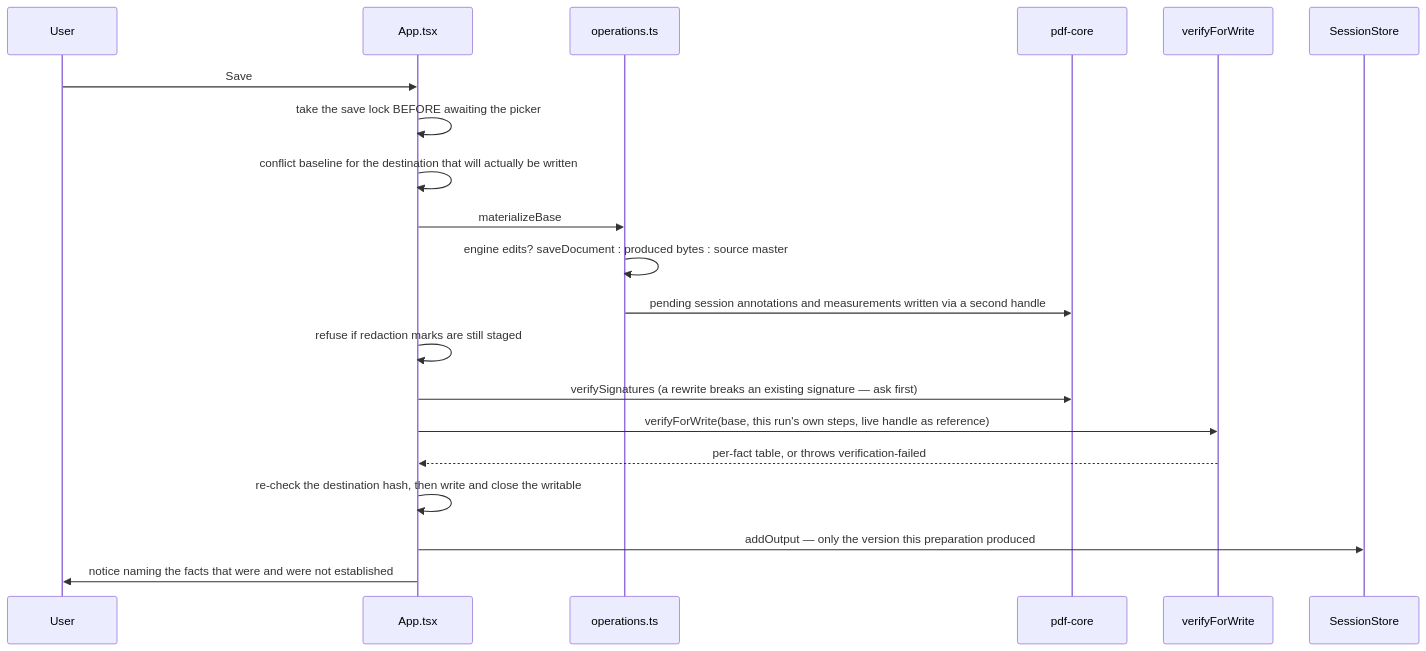
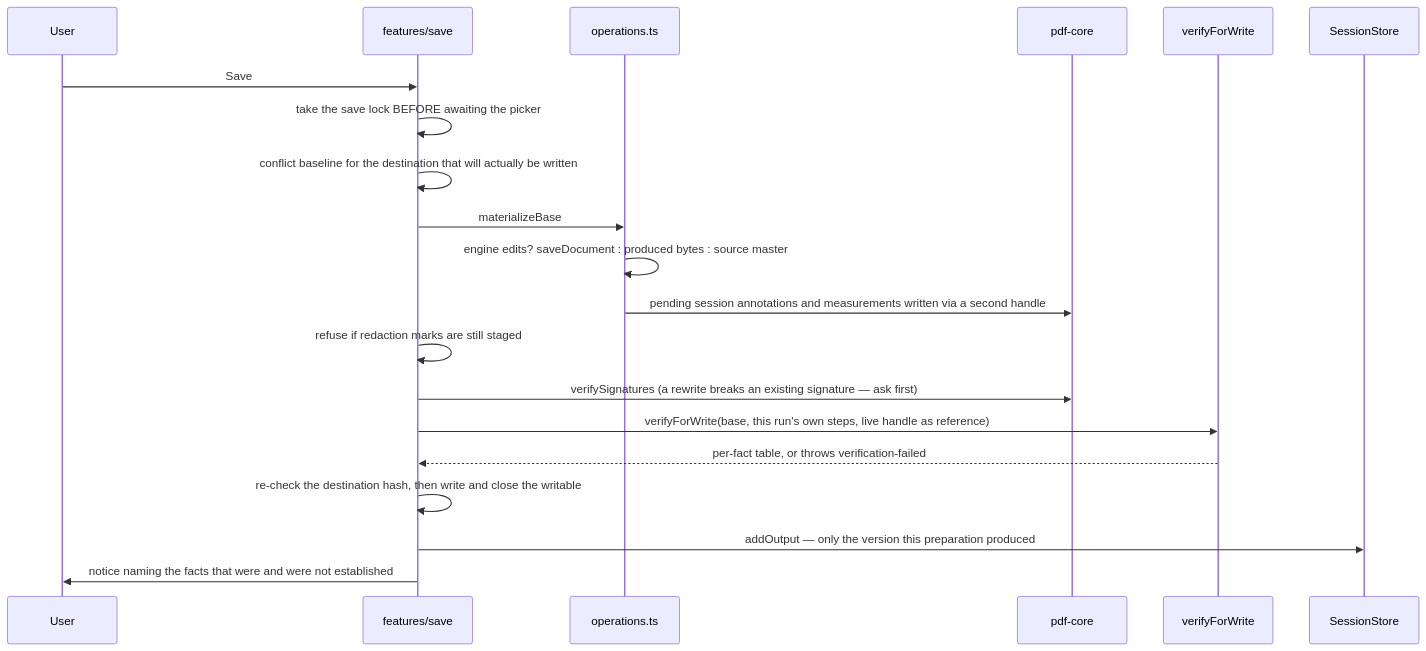
The fourth of 4 diagrams in docs/architecture.md (isolmaz/ss-pdf-editor), drawn with Mermaid before and after one commit. The commit also changed other lines of this file and 28 other files, not shown here.

Commit message:
Describe the split shell where the docs still point at App.tsx

````diff
--- a/docs/architecture.md
+++ b/docs/architecture.md
@@ -2495,23 +2498,23 @@
 ```mermaid
 sequenceDiagram
     participant U as User
-    participant A as App.tsx
+    participant A as features/save
     participant O as operations.ts
     participant C as pdf-core
     participant V as verifyForWrite
     participant M as SessionStore
 
     U->>A: Save
     A->>A: take the save lock BEFORE awaiting the picker
     A->>A: conflict baseline for the destination that will actually be written
     A->>O: materializeBase
     O->>O: engine edits? saveDocument : produced bytes : source master
     O->>C: pending session annotations and measurements written via a second handle
     A->>A: refuse if redaction marks are still staged
     A->>C: verifySignatures (a rewrite breaks an existing signature — ask first)
     A->>V: verifyForWrite(base, this run's own steps, live handle as reference)
     V-->>A: per-fact table, or throws verification-failed
     A->>A: re-check the destination hash, then write and close the writable
     A->>M: addOutput — only the version this preparation produced
     A->>U: notice naming the facts that were and were not established
 ```
````
